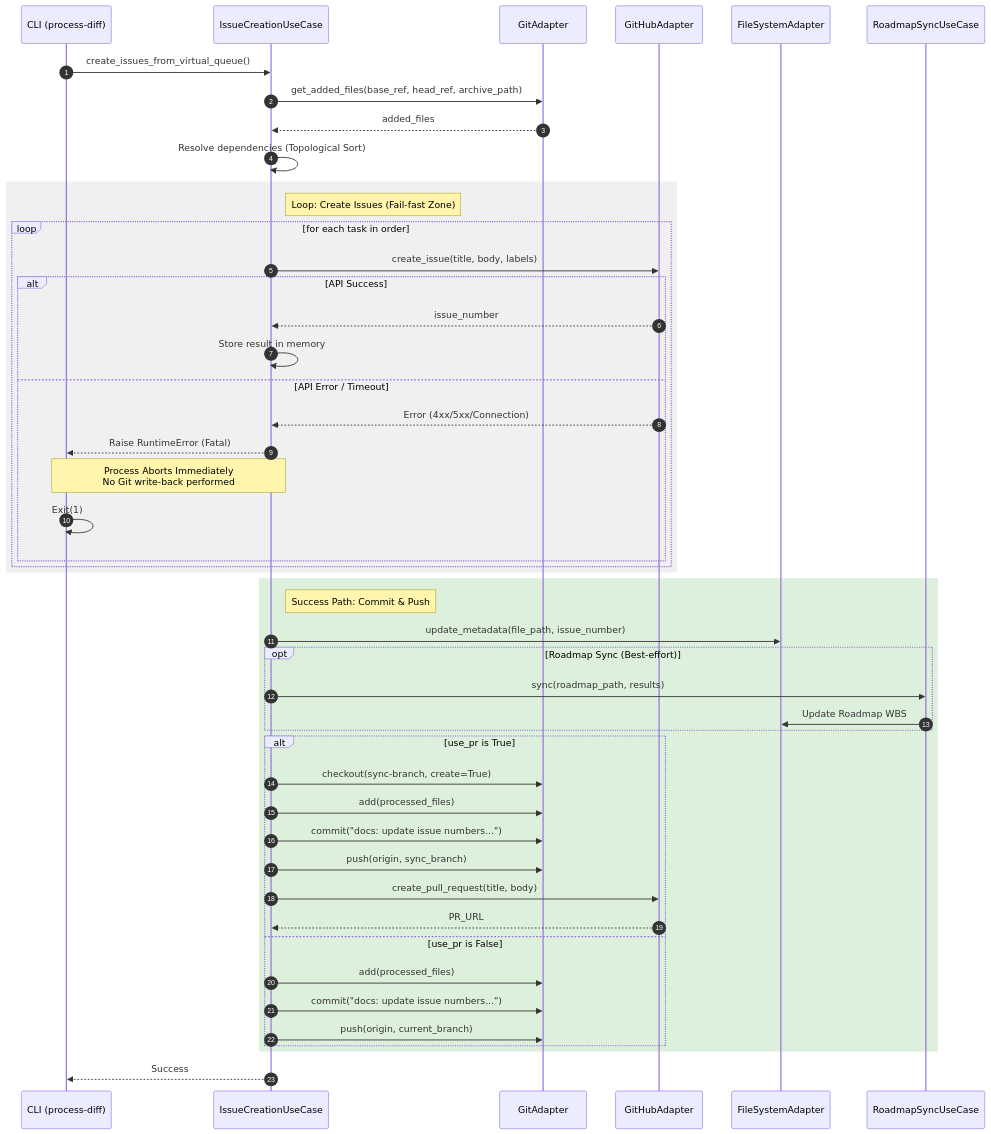
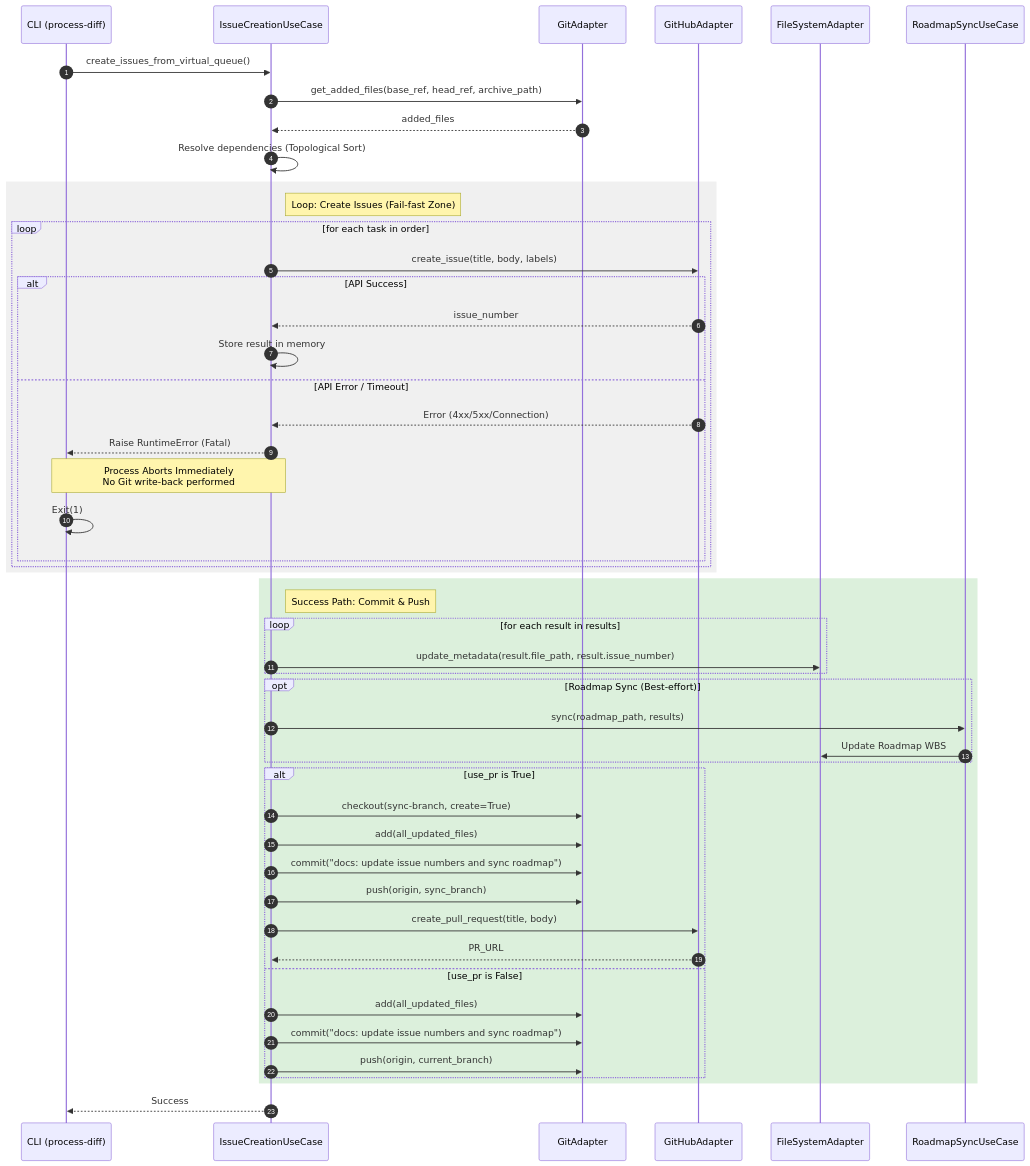
Before and after one commit to masa-codehub/issue_creator_kit: the diagram in docs/architecture/arch-behavior-003-creation.md, drawn with Mermaid. The commit also changed 2 other files, not shown here.

Commit message:
docs(arch): address review feedback on behavior diagrams and state lifecycle

````diff
--- a/docs/architecture/arch-behavior-003-creation.md
+++ b/docs/architecture/arch-behavior-003-creation.md
@@ -22,57 +22,59 @@
 ```mermaid
 sequenceDiagram
     autonumber
     participant CLI as CLI (process-diff)
     participant UC as IssueCreationUseCase
     participant GIT as GitAdapter
     participant GH as GitHubAdapter
     participant FS as FileSystemAdapter
     participant RS as RoadmapSyncUseCase
 
     CLI->>UC: create_issues_from_virtual_queue()
     UC->>GIT: get_added_files(base_ref, head_ref, archive_path)
     GIT-->>UC: added_files
     
     UC->>UC: Resolve dependencies (Topological Sort)
 
     rect rgb(240, 240, 240)
         note right of UC: Loop: Create Issues (Fail-fast Zone)
         loop for each task in order
             UC->>GH: create_issue(title, body, labels)
             alt API Success
                 GH-->>UC: issue_number
                 UC->>UC: Store result in memory
             else API Error / Timeout
                 GH-->>UC: Error (4xx/5xx/Connection)
                 UC-->>CLI: Raise RuntimeError (Fatal)
                 note over CLI,UC: Process Aborts Immediately<br/>No Git write-back performed
                 CLI->>CLI: Exit(1)
             end
         end
     end
 
     rect rgb(220, 240, 220)
         note right of UC: Success Path: Commit & Push
-        UC->>FS: update_metadata(file_path, issue_number)
+        loop for each result in results
+            UC->>FS: update_metadata(result.file_path, result.issue_number)
+        end
         
         opt Roadmap Sync (Best-effort)
             UC->>RS: sync(roadmap_path, results)
             RS->>FS: Update Roadmap WBS
         end
         
         alt use_pr is True
             UC->>GIT: checkout(sync-branch, create=True)
-            UC->>GIT: add(processed_files)
-            UC->>GIT: commit("docs: update issue numbers...")
+            UC->>GIT: add(all_updated_files)
+            UC->>GIT: commit("docs: update issue numbers and sync roadmap")
             UC->>GIT: push(origin, sync_branch)
             UC->>GH: create_pull_request(title, body)
             GH-->>UC: PR_URL
         else use_pr is False
-            UC->>GIT: add(processed_files)
-            UC->>GIT: commit("docs: update issue numbers...")
+            UC->>GIT: add(all_updated_files)
+            UC->>GIT: commit("docs: update issue numbers and sync roadmap")
             UC->>GIT: push(origin, current_branch)
         end
     end
     
     UC-->>CLI: Success
 ```
````
